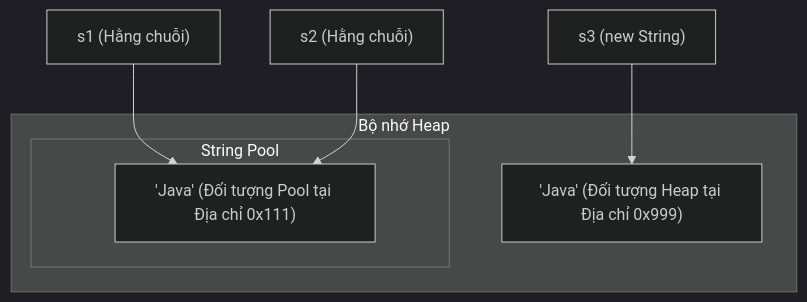
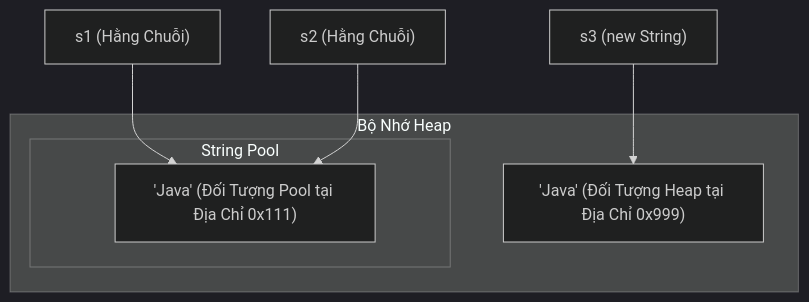
Before and after one commit to PhuThien2005/theoretical-of-java-core: the second of 4 diagrams in vi/08-string/theory/01-string-basics.md, drawn with Mermaid (dark theme). The commit also changed other lines of this file and 229 other files, not shown here.

````diff
--- a/vi/08-string/theory/01-string-basics.md
+++ b/vi/08-string/theory/01-string-basics.md
@@ -107,13 +99,13 @@
 ```mermaid
 graph TD
-    subgraph Heap Memory [Bộ nhớ Heap]
-        subgraph String Pool [String Pool]
-            PoolObj["'Java' (Đối tượng Pool tại Địa chỉ 0x111)"]
+    subgraph Heap Memory ["Bộ Nhớ Heap"]
+        subgraph String Pool ["String Pool"]
+            PoolObj["'Java' (Đối Tượng Pool tại Địa Chỉ 0x111)"]
         end
-        HeapObj["'Java' (Đối tượng Heap tại Địa chỉ 0x999)"]
+        HeapObj["'Java' (Đối Tượng Heap tại Địa Chỉ 0x999)"]
     end
     
-    s1["s1 (Hằng chuỗi)"] --> PoolObj
-    s2["s2 (Hằng chuỗi)"] --> PoolObj
+    s1["s1 (Hằng Chuỗi)"] --> PoolObj
+    s2["s2 (Hằng Chuỗi)"] --> PoolObj
     s3["s3 (new String)"] --> HeapObj
 ```
````
